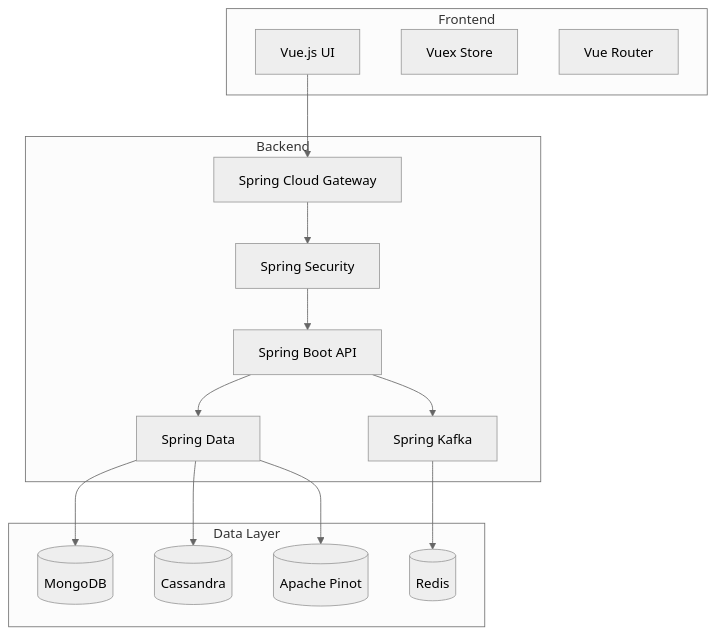
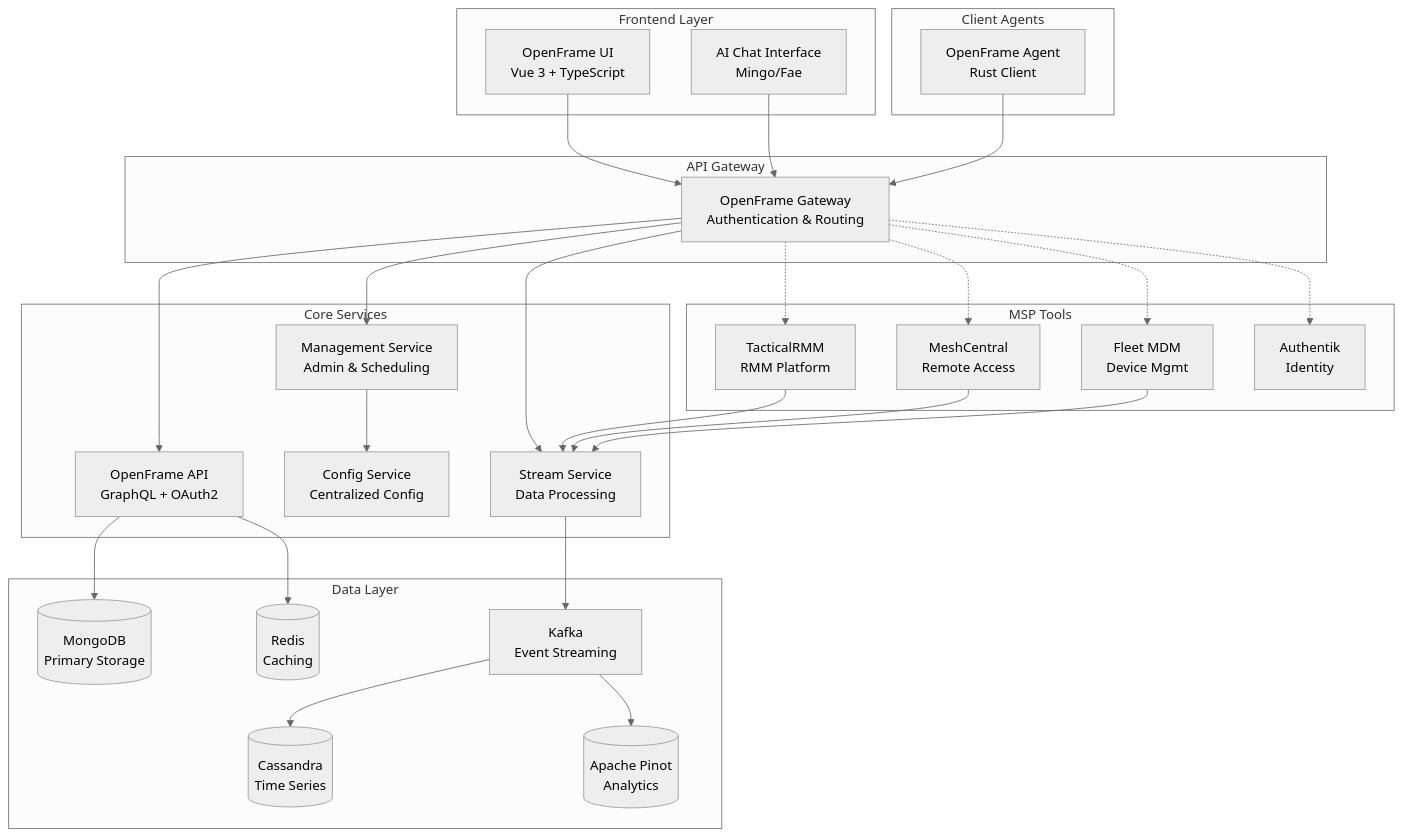
The diagram in docs/getting-started/introduction.md (flamingo-stack/openframe-oss-tenant), drawn with Mermaid (neutral theme) before and after one commit. The commit also changed other lines of this file and 9 other files, not shown here.

````diff
--- a/docs/getting-started/introduction.md
+++ b/docs/getting-started/introduction.md
@@ -78,33 +39,59 @@
 ```mermaid
 graph TB
-    subgraph Frontend
-        UI[Vue.js UI]
-        Store[Vuex Store]
-        Router[Vue Router]
+    subgraph "Frontend Layer"
+        UI[OpenFrame UI<br/>Vue 3 + TypeScript]
+        Chat[AI Chat Interface<br/>Mingo/Fae]
     end
-
-    subgraph Backend
-        Gateway[Spring Cloud Gateway]
-        Auth[Spring Security]
-        API[Spring Boot API]
-        Stream[Spring Kafka]
-        Data[Spring Data]
+    
+    subgraph "API Gateway"
+        Gateway[OpenFrame Gateway<br/>Authentication & Routing]
     end
-
-    subgraph Data Layer
-        MongoDB[(MongoDB)]
-        Cassandra[(Cassandra)]
-        Pinot[(Apache Pinot)]
-        Redis[(Redis)]
+    
+    subgraph "Core Services"
+        API[OpenFrame API<br/>GraphQL + OAuth2]
+        Management[Management Service<br/>Admin & Scheduling]
+        Stream[Stream Service<br/>Data Processing]
+        Config[Config Service<br/>Centralized Config]
     end
-
+    
+    subgraph "Data Layer"
+        MongoDB[(MongoDB<br/>Primary Storage)]
+        Cassandra[(Cassandra<br/>Time Series)]
+        Pinot[(Apache Pinot<br/>Analytics)]
+        Redis[(Redis<br/>Caching)]
+        Kafka[Kafka<br/>Event Streaming]
+    end
+    
+    subgraph "MSP Tools"
+        Tactical[TacticalRMM<br/>RMM Platform]
+        Mesh[MeshCentral<br/>Remote Access]
+        Fleet[Fleet MDM<br/>Device Mgmt]
+        Auth[Authentik<br/>Identity]
+    end
+    
+    subgraph "Client Agents"
+        Rust[OpenFrame Agent<br/>Rust Client]
+    end
+    
     UI --> Gateway
-    Gateway --> Auth
-    Auth --> API
-    API --> Stream
-    API --> Data
-    Data --> MongoDB
-    Data --> Cassandra
-    Data --> Pinot
-    Stream --> Redis
+    Chat --> Gateway
+    Gateway --> API
+    Gateway --> Management
+    Gateway --> Stream
+    API --> MongoDB
+    Stream --> Kafka
+    Kafka --> Cassandra
+    Kafka --> Pinot
+    API --> Redis
+    Management --> Config
+    
+    Gateway -.-> Tactical
+    Gateway -.-> Mesh
+    Gateway -.-> Fleet
+    Gateway -.-> Auth
+    
+    Rust --> Gateway
+    Tactical --> Stream
+    Mesh --> Stream
+    Fleet --> Stream
 ```
````
